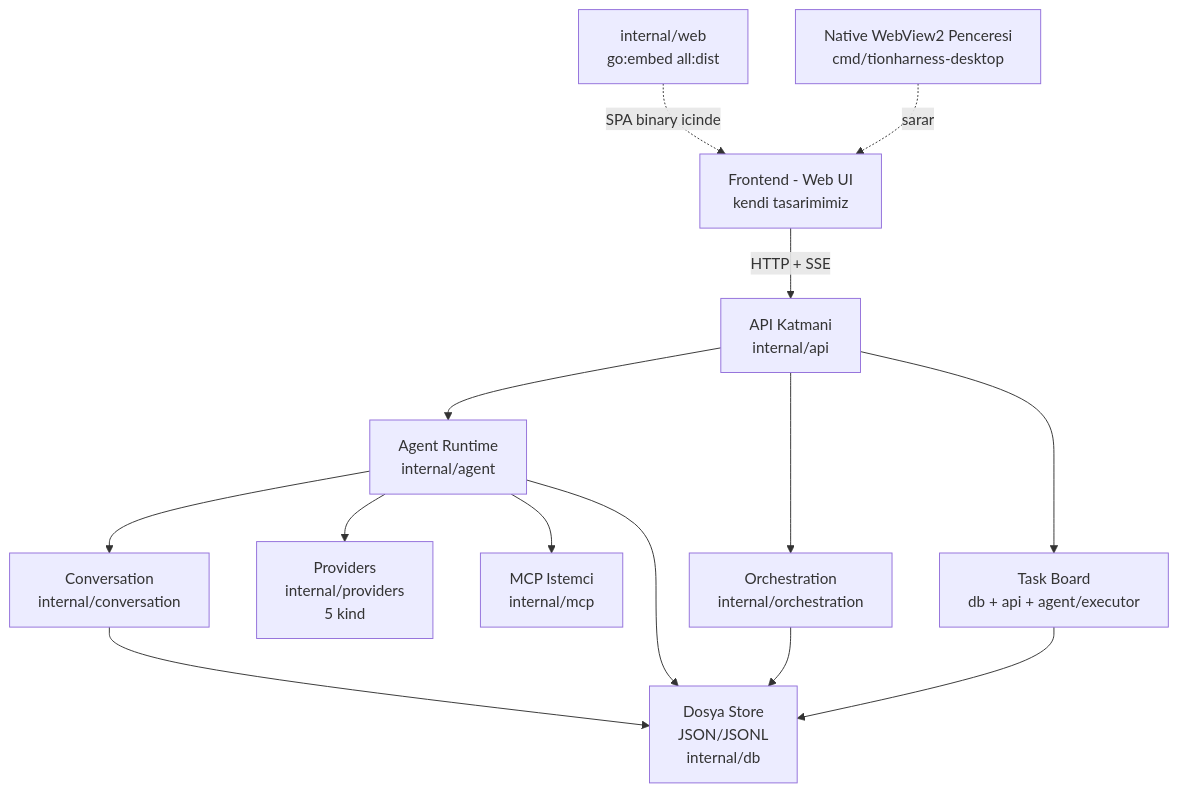
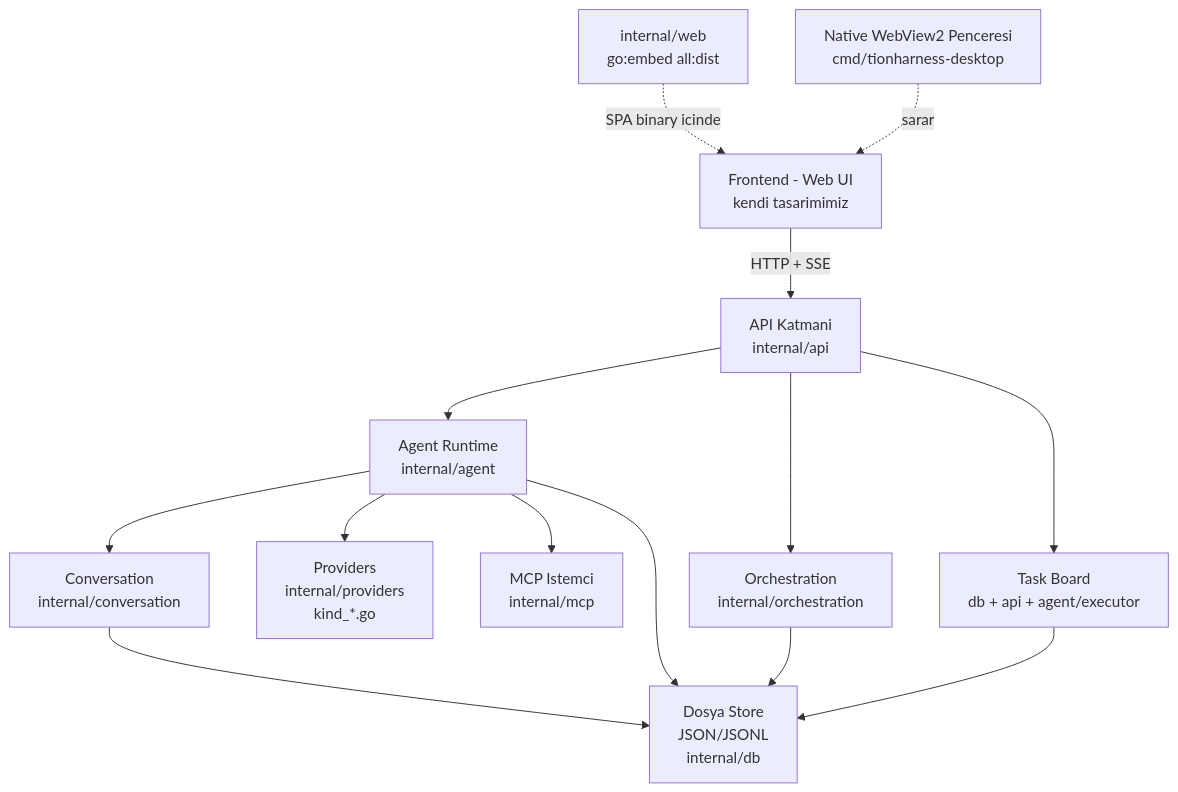
Before and after one commit to bilal-arikan/tionharness: the first of 2 diagrams in _Docs/01-MIMARI.md, drawn with Mermaid. The commit also changed other lines of this file and 101 other files, not shown here.

````diff
--- a/_Docs/01-MIMARI.md
+++ b/_Docs/01-MIMARI.md
@@ -7,16 +7,16 @@
 ```mermaid
 graph TD
     UI[Frontend - Web UI<br/>kendi tasarimimiz] -->|HTTP + SSE| API[API Katmani<br/>internal/api]
     API --> RT[Agent Runtime<br/>internal/agent]
     API --> ORC[Orchestration<br/>internal/orchestration]
     API --> TASK[Task Board<br/>db + api + agent/executor]
     RT --> CONV[Conversation<br/>internal/conversation]
-    RT --> PROV[Providers<br/>internal/providers<br/>5 kind]
+    RT --> PROV[Providers<br/>internal/providers<br/>kind_*.go]
     RT --> MCP[MCP Istemci<br/>internal/mcp]
     CONV --> DB[Dosya Store<br/>JSON/JSONL<br/>internal/db]
     TASK --> DB
     RT --> DB
     ORC --> DB
     EMBED[internal/web<br/>go:embed all:dist] -.SPA binary icinde.-> UI
     DESK[Native WebView2 Penceresi<br/>cmd/tionharness-desktop] -.sarar.-> UI
 ```
````
